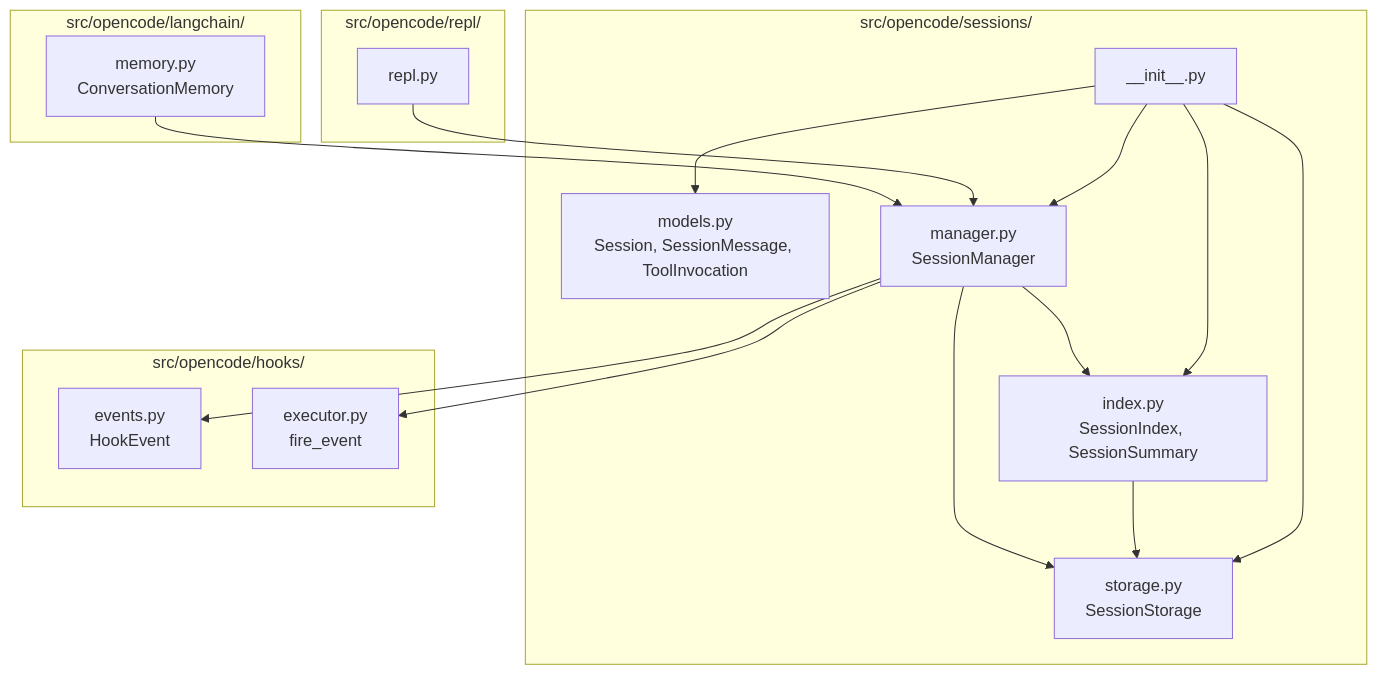
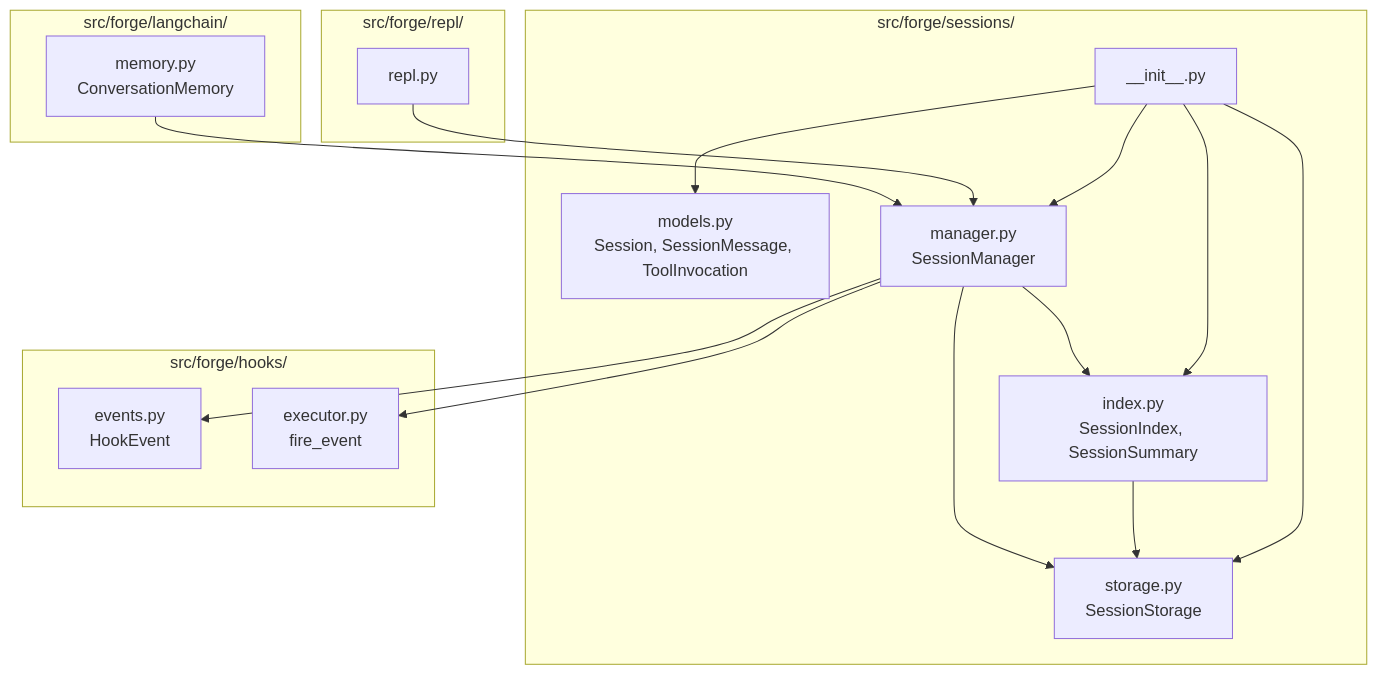
Before and after one commit to corey-rosamond/Code-Forge: the fifth of 17 diagrams in .ai/phase/5.1/UML.md, drawn with Mermaid. The commit also changed other lines of this file and 505 other files, not shown here.

````diff
--- a/.ai/phase/5.1/UML.md
+++ b/.ai/phase/5.1/UML.md
@@ -207,38 +207,38 @@
 ```mermaid
 flowchart TB
-    subgraph SessionsPkg["src/opencode/sessions/"]
+    subgraph SessionsPkg["src/forge/sessions/"]
         INIT["__init__.py"]
         MODELS["models.py<br/>Session, SessionMessage, ToolInvocation"]
         STORAGE["storage.py<br/>SessionStorage"]
         INDEX["index.py<br/>SessionIndex, SessionSummary"]
         MANAGER["manager.py<br/>SessionManager"]
     end
 
-    subgraph LangChainPkg["src/opencode/langchain/"]
+    subgraph LangChainPkg["src/forge/langchain/"]
         MEMORY["memory.py<br/>ConversationMemory"]
     end
 
-    subgraph HooksPkg["src/opencode/hooks/"]
+    subgraph HooksPkg["src/forge/hooks/"]
         EVENTS["events.py<br/>HookEvent"]
         EXECUTOR["executor.py<br/>fire_event"]
     end
 
-    subgraph REPLPkg["src/opencode/repl/"]
+    subgraph REPLPkg["src/forge/repl/"]
         REPL["repl.py"]
     end
 
     MANAGER --> STORAGE
     MANAGER --> INDEX
     INDEX --> STORAGE
 
     MEMORY --> MANAGER
     REPL --> MANAGER
 
     MANAGER --> EVENTS
     MANAGER --> EXECUTOR
 
     INIT --> MODELS
     INIT --> STORAGE
     INIT --> INDEX
     INIT --> MANAGER
 ```
````
